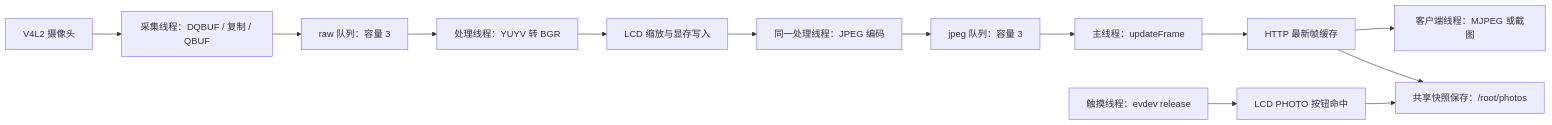
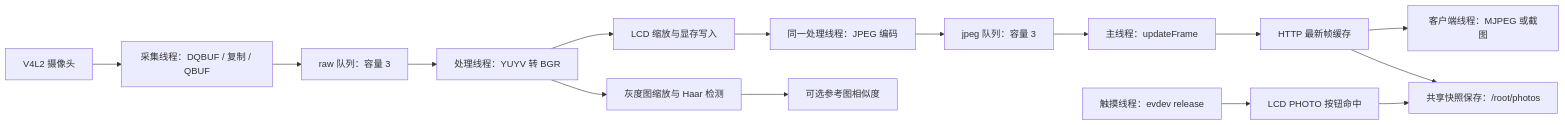
Before and after one commit to Dakken0915/cam: the diagram in cam.md, drawn with Mermaid. The commit also changed other lines of this file and 300 other files, not shown here.

````diff
--- a/cam.md
+++ b/cam.md
@@ -70,15 +75,17 @@
 ```mermaid
 flowchart LR
     A["V4L2 摄像头"] --> B["采集线程：DQBUF / 复制 / QBUF"]
     B --> C["raw 队列：容量 3"]
     C --> D["处理线程：YUYV 转 BGR"]
     D --> E["LCD 缩放与显存写入"]
     E --> F["同一处理线程：JPEG 编码"]
     F --> G["jpeg 队列：容量 3"]
     G --> H["主线程：updateFrame"]
     H --> I["HTTP 最新帧缓存"]
     I --> J["客户端线程：MJPEG 或截图"]
     K["触摸线程：evdev release"] --> L["LCD PHOTO 按钮命中"]
     L --> M["共享快照保存：/root/photos"]
     I --> M
+    D --> N[灰度图缩放与 Haar 检测]
+    N --> O[可选参考图相似度]
 ```
````
